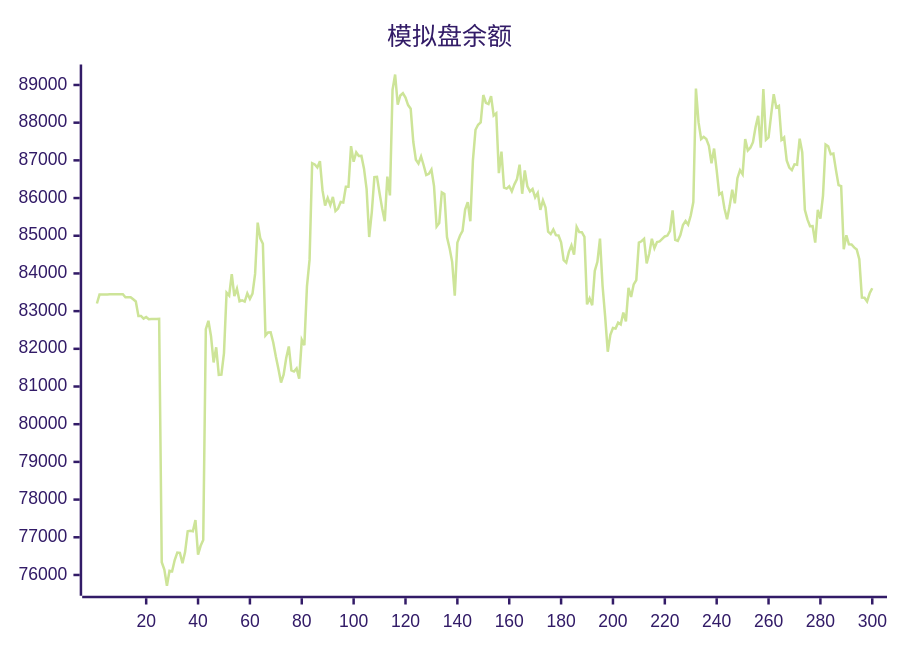
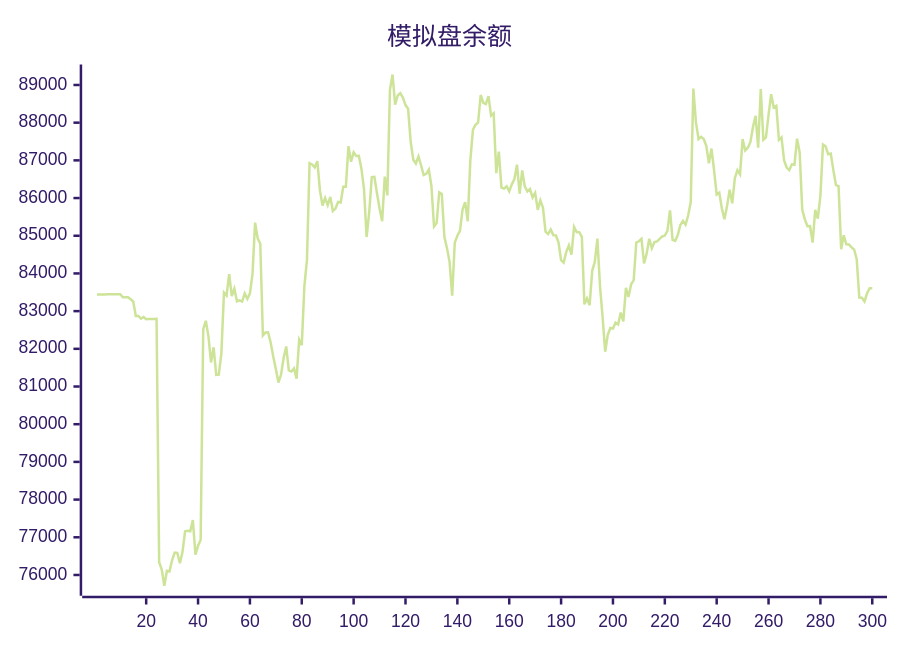
One commit to aahl/ai-trading changed the diagram in README.md. Above: the diagram before and after it, drawn with Mermaid (forest theme). The commit also changed other lines of this file and 1 other file, not shown here.

````diff
--- a/README.md
+++ b/README.md
@@ -5,5 +5,5 @@
 ```mermaid
 xychart
     title "模拟盘余额"
-    line [83203,83440,83439,83440,83440,83446,83447,83448,83447,83448,83449,83369,83369,83369,83313,83256,82872,82873,82801,82844,82785,82791,82791,82793,82794,76339,76145,75714,76110,76096,76397,76594,76585,76310,76607,77160,77170,77160,77456,76541,76774,76927,82520,82744,82337,81639,82040,81307,81314,81887,83490,83414,83984,83396,83594,83261,83287,83253,83470,83327,83465,83987,85348,84930,84786,82355,82433,82438,82167,81795,81466,81105,81315,81756,82064,81426,81398,81481,81210,82242,82099,83658,84359,86925,86892,86814,86980,86203,85802,86003,85811,86028,85657,85721,85896,85880,86300,86299,87378,86965,87214,87115,87118,86780,86238,84966,85623,86555,86562,86129,85722,85387,86569,86070,88870,89278,88477,88720,88781,88668,88467,88372,87493,87018,86917,87102,86870,86613,86644,86758,86317,85242,85334,86149,86106,84968,84671,84302,83410,84816,85001,85127,85693,85891,85384,87001,87811,87945,88007,88734,88528,88495,88705,88189,88248,86662,87234,86279,86251,86314,86177,86364,86503,86886,86114,86731,86310,86176,86240,86017,86136,85685,85938,85749,85111,85044,85164,85016,85008,84824,84354,84287,84572,84745,84500,85234,85096,85095,84970,83180,83338,83157,84070,84309,84922,83667,82850,81924,82369,82552,82539,82695,82648,82962,82728,83619,83378,83710,83825,84819,84854,84917,84265,84527,84919,84668,84834,84850,84916,84981,85004,85131,85674,84891,84864,85019,85284,85393,85294,85538,85894,88904,88012,87567,87625,87568,87386,86920,87313,86737,86094,86143,85725,85437,85787,86219,85859,86526,86740,86630,87563,87264,87335,87483,87886,88180,87335,88894,87544,87608,88207,88755,88401,88444,87543,87608,87000,86810,86740,86894,86884,87576,87209,85686,85435,85251,85255,84820,85689,85453,86066,87420,87373,87161,87178,86740,86341,86315,84643,85012,84772,84768,84690,84635,84376,83360,83357,83259,83474,83608]
+    line [83440,83439,83440,83440,83446,83447,83448,83447,83448,83449,83369,83369,83369,83313,83256,82872,82873,82801,82844,82785,82791,82791,82793,82794,76339,76145,75714,76110,76096,76397,76594,76585,76310,76607,77160,77170,77160,77456,76541,76774,76927,82520,82744,82337,81639,82040,81307,81314,81887,83490,83414,83984,83396,83594,83261,83287,83253,83470,83327,83465,83987,85348,84930,84786,82355,82433,82438,82167,81795,81466,81105,81315,81756,82064,81426,81398,81481,81210,82242,82099,83658,84359,86925,86892,86814,86980,86203,85802,86003,85811,86028,85657,85721,85896,85880,86300,86299,87378,86965,87214,87115,87118,86780,86238,84966,85623,86555,86562,86129,85722,85387,86569,86070,88870,89278,88477,88720,88781,88668,88467,88372,87493,87018,86917,87102,86870,86613,86644,86758,86317,85242,85334,86149,86106,84968,84671,84302,83410,84816,85001,85127,85693,85891,85384,87001,87811,87945,88007,88734,88528,88495,88705,88189,88248,86662,87234,86279,86251,86314,86177,86364,86503,86886,86114,86731,86310,86176,86240,86017,86136,85685,85938,85749,85111,85044,85164,85016,85008,84824,84354,84287,84572,84745,84500,85234,85096,85095,84970,83180,83338,83157,84070,84309,84922,83667,82850,81924,82369,82552,82539,82695,82648,82962,82728,83619,83378,83710,83825,84819,84854,84917,84265,84527,84919,84668,84834,84850,84916,84981,85004,85131,85674,84891,84864,85019,85284,85393,85294,85538,85894,88904,88012,87567,87625,87568,87386,86920,87313,86737,86094,86143,85725,85437,85787,86219,85859,86526,86740,86630,87563,87264,87335,87483,87886,88180,87335,88894,87544,87608,88207,88755,88401,88444,87543,87608,87000,86810,86740,86894,86884,87576,87209,85686,85435,85251,85255,84820,85689,85453,86066,87420,87373,87161,87178,86740,86341,86315,84643,85012,84772,84768,84690,84635,84376,83360,83357,83259,83474,83608,83606]
 ```
````
